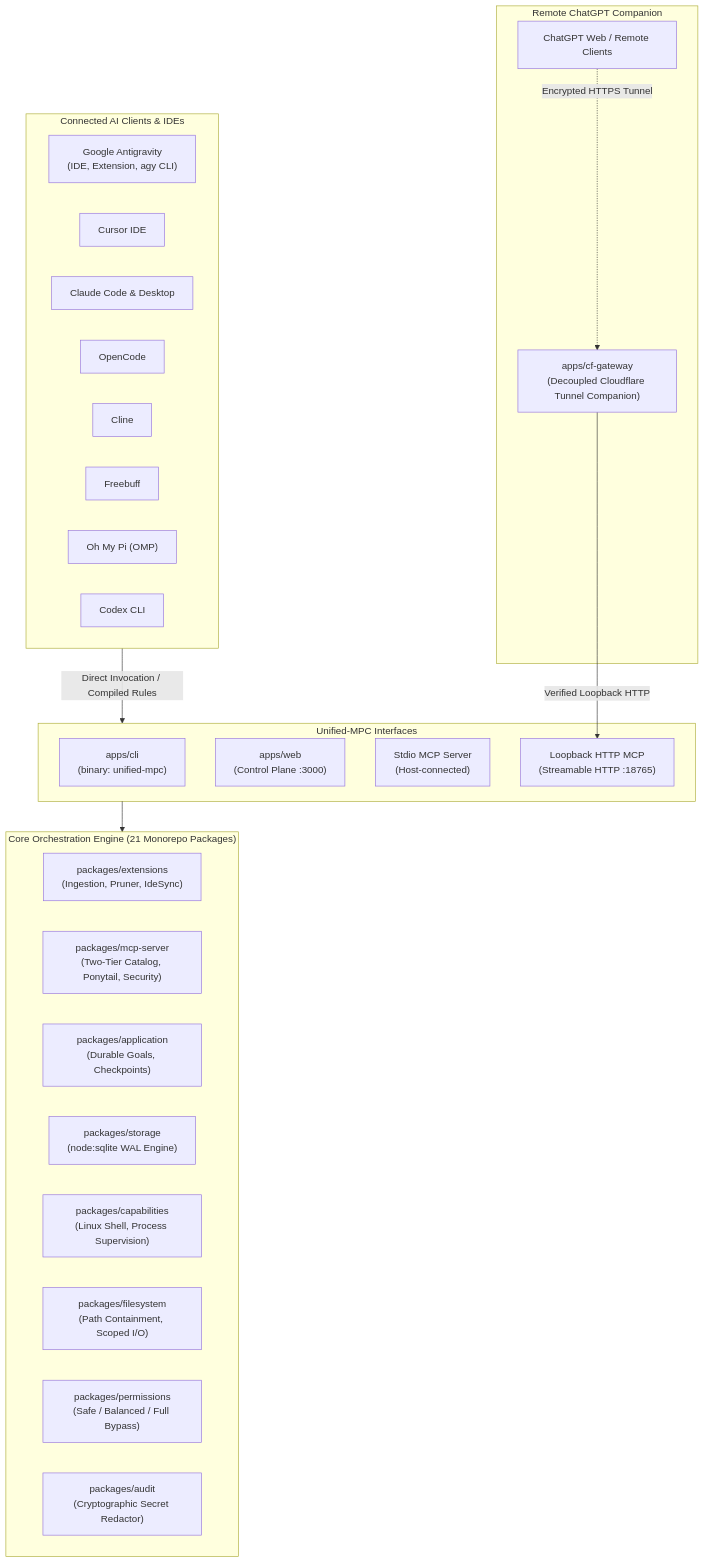
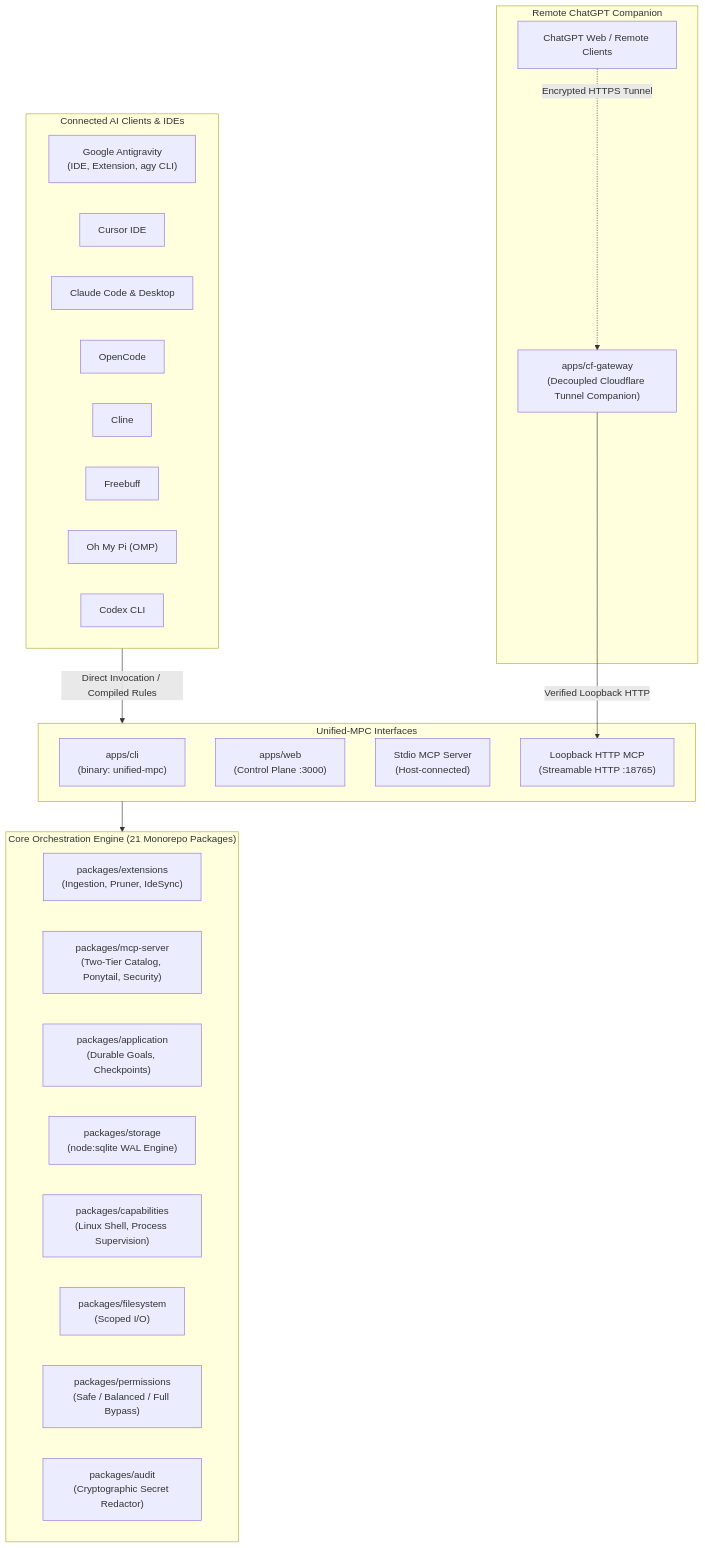
One commit to soulzerox/Unified-MPC-Server changed the diagram in README.md. Above: the diagram before and after it, drawn with Mermaid. The commit also changed other lines of this file and 8 other files, not shown here.

````diff
--- a/README.md
+++ b/README.md
@@ -25,41 +25,41 @@
 ```mermaid
 graph TD
     subgraph Clients["Connected AI Clients & IDEs"]
         AG["Google Antigravity<br/>(IDE, Extension, agy CLI)"]
         CR["Cursor IDE"]
         CL["Claude Code & Desktop"]
         OC["OpenCode"]
         CN["Cline"]
         FB["Freebuff"]
         OM["Oh My Pi (OMP)"]
         CX["Codex CLI"]
     end
 
     subgraph Entrypoints["Unified-MPC Interfaces"]
         CLI["apps/cli<br/>(binary: unified-mpc)"]
         WEB["apps/web<br/>(Control Plane :3000)"]
         STDIO["Stdio MCP Server<br/>(Host-connected)"]
         HTTP["Loopback HTTP MCP<br/>(Streamable HTTP :18765)"]
     end
 
     subgraph CoreEngine["Core Orchestration Engine (21 Monorepo Packages)"]
         EXT["packages/extensions<br/>(Ingestion, Pruner, IdeSync)"]
         MCP["packages/mcp-server<br/>(Two-Tier Catalog, Ponytail, Security)"]
         APP["packages/application<br/>(Durable Goals, Checkpoints)"]
         STORE["packages/storage<br/>(node:sqlite WAL Engine)"]
         CAP["packages/capabilities<br/>(Linux Shell, Process Supervision)"]
-        FS["packages/filesystem<br/>(Path Containment, Scoped I/O)"]
+        FS["packages/filesystem<br/>(Scoped I/O)"]
         PERM["packages/permissions<br/>(Safe / Balanced / Full Bypass)"]
         AUDIT["packages/audit<br/>(Cryptographic Secret Redactor)"]
     end
 
     subgraph Gateway["Remote ChatGPT Companion"]
         CFG["apps/cf-gateway<br/>(Decoupled Cloudflare Tunnel Companion)"]
         CW["ChatGPT Web / Remote Clients"]
     end
 
     Clients -->|Direct Invocation / Compiled Rules| Entrypoints
     Entrypoints --> CoreEngine
     CW -.->|Encrypted HTTPS Tunnel| CFG
     CFG -->|Verified Loopback HTTP| HTTP
 ```
````
